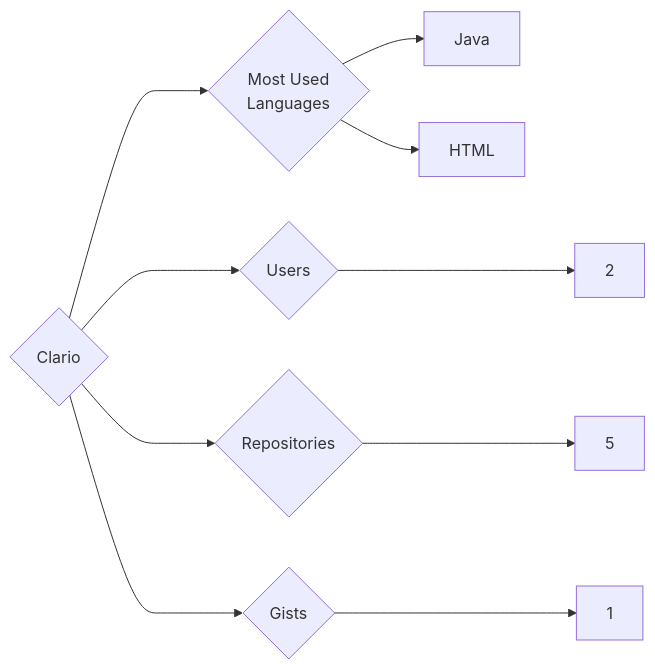
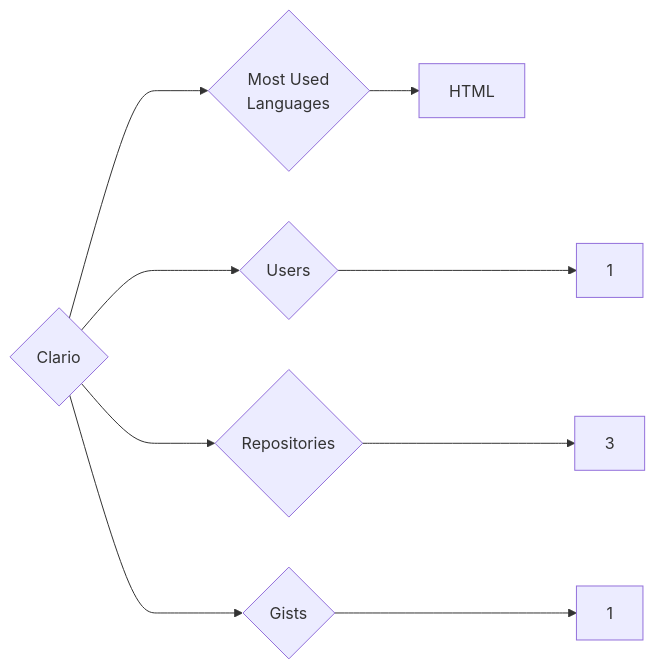
Before and after one commit to trickest/insiders: the diagram in targets/Clario/README.md, drawn with Mermaid. The commit also changed 815 other files, not shown here.

````diff
--- a/targets/Clario/README.md
+++ b/targets/Clario/README.md
@@ -3,10 +3,9 @@
 ```mermaid
 graph LR
 COMPANY_NAME{Clario}
-COMPANY_NAME ---> U{Users} ---> UN[2]
-COMPANY_NAME ---> R{Repositories} ---> RN[5]
+COMPANY_NAME ---> U{Users} ---> UN[1]
+COMPANY_NAME ---> R{Repositories} ---> RN[3]
 COMPANY_NAME ---> G{Gists} ---> GN[1]
 COMPANY_NAME ---> ML{Most Used<br>Languages}
-ML --> Java[Java]
 ML --> HTML[HTML]
 ```
````
